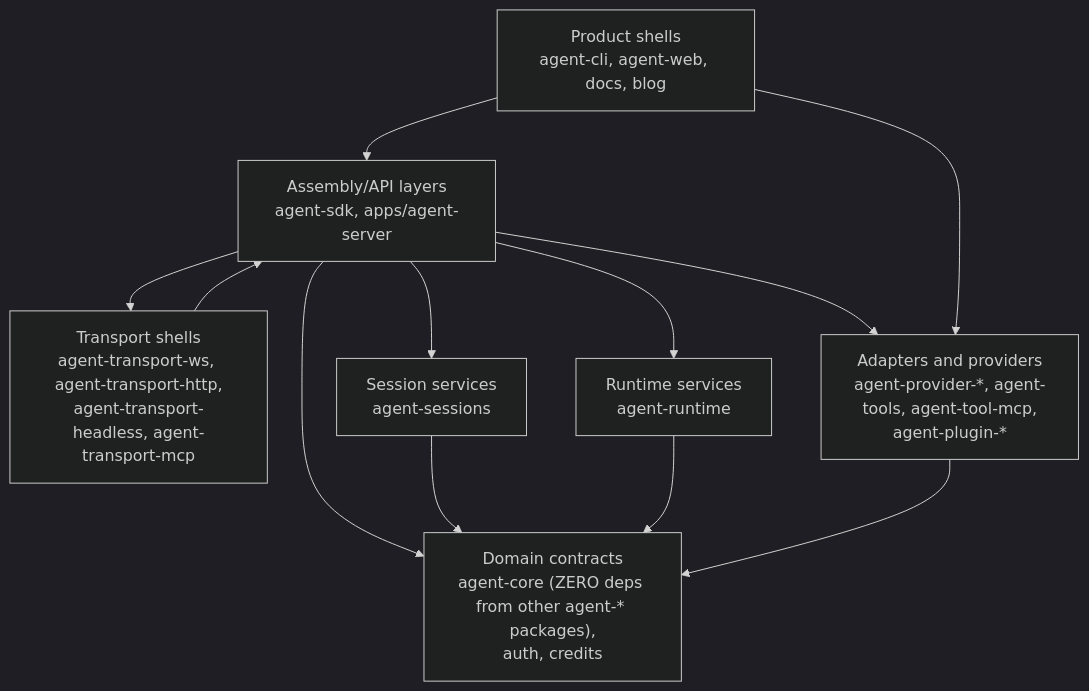
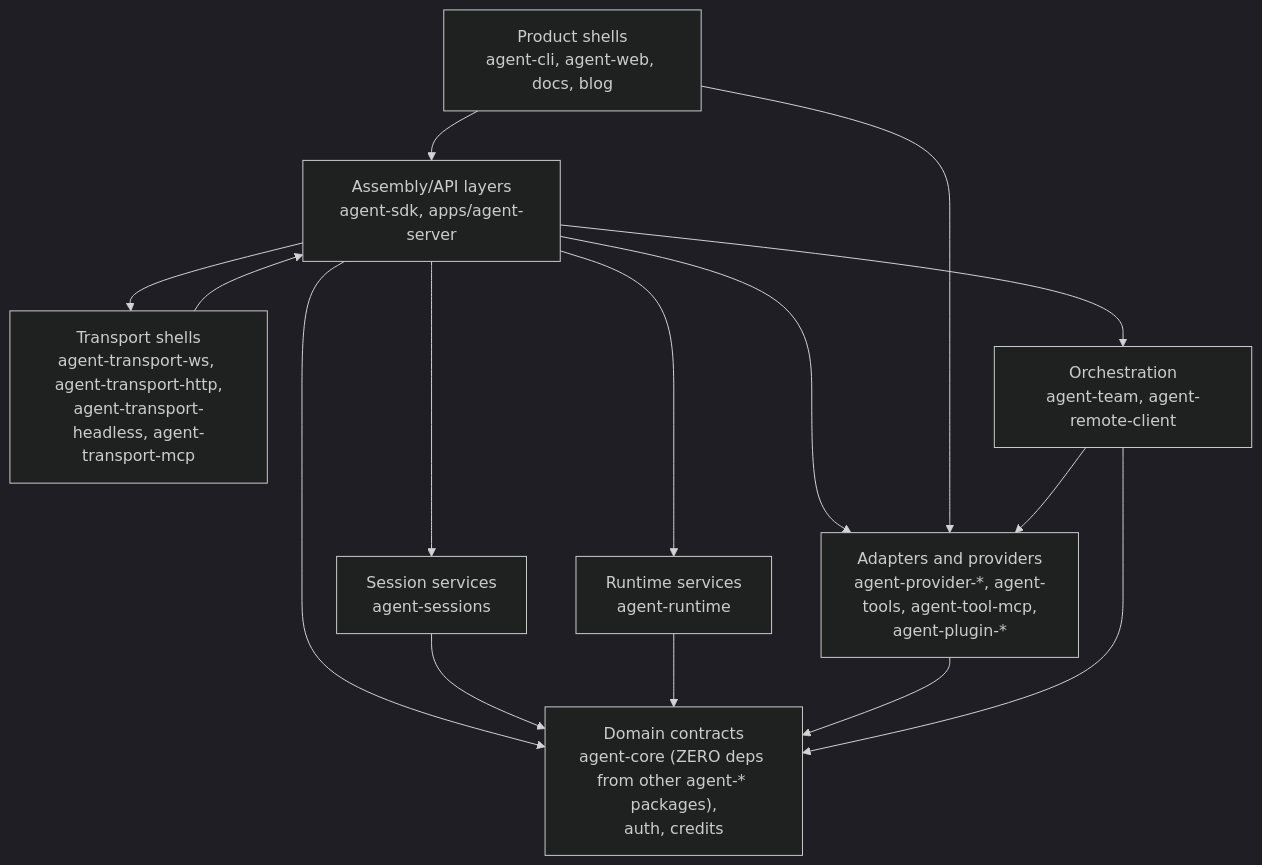
The diagram in .agents/specs/architecture-map/dependency-direction.md (woojubb/robota), drawn with Mermaid (dark theme) before and after one commit. The commit also changed other lines of this file and 14 other files, not shown here.

````diff
--- a/.agents/specs/architecture-map/dependency-direction.md
+++ b/.agents/specs/architecture-map/dependency-direction.md
@@ -9,22 +9,26 @@
 ```mermaid
 flowchart TD
   ProductShells["Product shells\nagent-cli, agent-web, docs, blog"]
   Assembly["Assembly/API layers\nagent-sdk, apps/agent-server"]
   TransportShells["Transport shells\nagent-transport-ws, agent-transport-http,\nagent-transport-headless, agent-transport-mcp"]
+  Orchestration["Orchestration\nagent-team, agent-remote-client"]
   Sessions["Session services\nagent-sessions"]
   Runtime["Runtime services\nagent-runtime"]
   Domain["Domain contracts\nagent-core (ZERO deps from other agent-* packages),\nauth, credits"]
   Adapters["Adapters and providers\nagent-provider-*, agent-tools, agent-tool-mcp,\nagent-plugin-*"]
 
   ProductShells --> Assembly
   Assembly --> Sessions
   Assembly --> Runtime
   Assembly --> Domain
   Sessions --> Domain
   Runtime --> Domain
   Assembly --> Adapters
   ProductShells --> Adapters
   Adapters --> Domain
   TransportShells --> Assembly
   Assembly --> TransportShells
+  Orchestration --> Domain
+  Orchestration --> Adapters
+  Assembly --> Orchestration
 ```
````
